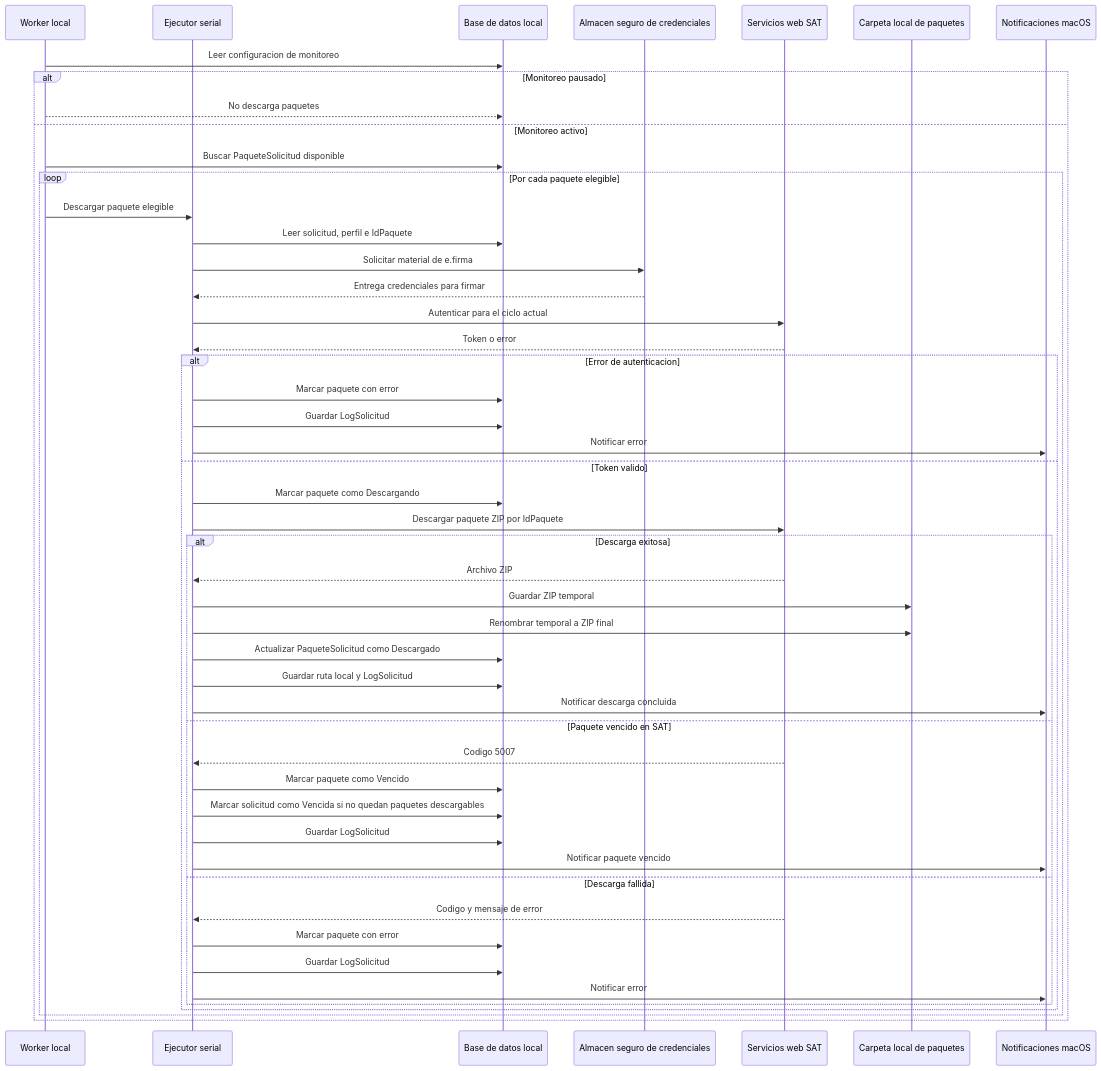
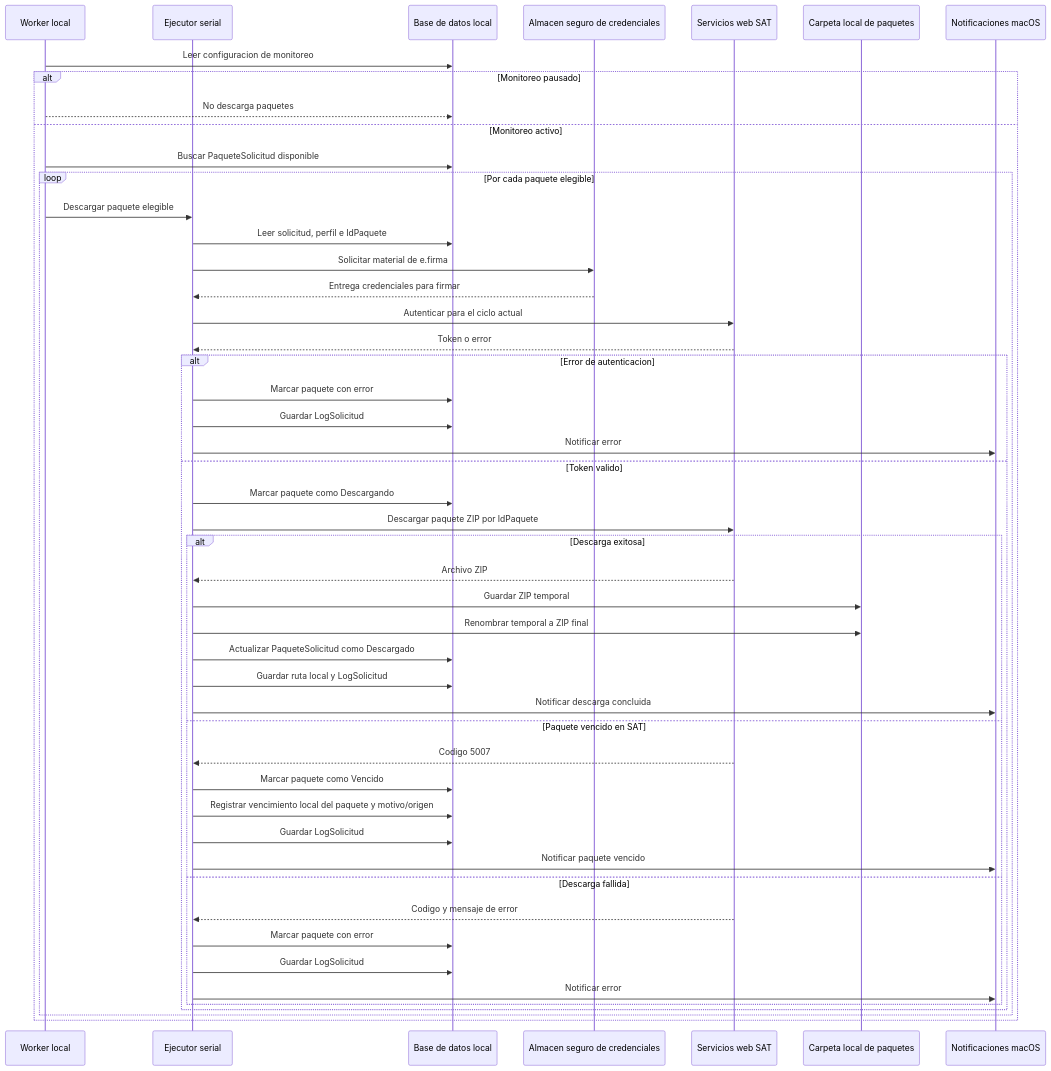
One commit to irritila/sat-cfdi-downloader changed the seventh of 21 diagrams in docs/architecture.md. Above: the diagram before and after it, drawn with Mermaid. The commit also changed other lines of this file and 5 other files, not shown here.

Commit message:
docs: close architecture review findings

````diff
--- a/docs/architecture.md
+++ b/docs/architecture.md
@@ -391,56 +391,56 @@
 ```mermaid
 sequenceDiagram
     participant Worker as Worker local
     participant Executor as Ejecutor serial
     participant DB as Base de datos local
     participant Credenciales as Almacen seguro de credenciales
     participant SAT as Servicios web SAT
     participant Archivos as Carpeta local de paquetes
     participant Notificaciones as Notificaciones macOS
 
     Worker->>DB: Leer configuracion de monitoreo
 
     alt Monitoreo pausado
         Worker-->>DB: No descarga paquetes
     else Monitoreo activo
         Worker->>DB: Buscar PaqueteSolicitud disponible
 
         loop Por cada paquete elegible
             Worker->>Executor: Descargar paquete elegible
             Executor->>DB: Leer solicitud, perfil e IdPaquete
             Executor->>Credenciales: Solicitar material de e.firma
             Credenciales-->>Executor: Entrega credenciales para firmar
             Executor->>SAT: Autenticar para el ciclo actual
             SAT-->>Executor: Token o error
 
             alt Error de autenticacion
                 Executor->>DB: Marcar paquete con error
                 Executor->>DB: Guardar LogSolicitud
                 Executor->>Notificaciones: Notificar error
             else Token valido
                 Executor->>DB: Marcar paquete como Descargando
                 Executor->>SAT: Descargar paquete ZIP por IdPaquete
 
                 alt Descarga exitosa
                     SAT-->>Executor: Archivo ZIP
                     Executor->>Archivos: Guardar ZIP temporal
                     Executor->>Archivos: Renombrar temporal a ZIP final
                     Executor->>DB: Actualizar PaqueteSolicitud como Descargado
                     Executor->>DB: Guardar ruta local y LogSolicitud
                     Executor->>Notificaciones: Notificar descarga concluida
                 else Paquete vencido en SAT
                     SAT-->>Executor: Codigo 5007
                     Executor->>DB: Marcar paquete como Vencido
-                    Executor->>DB: Marcar solicitud como Vencida si no quedan paquetes descargables
+                    Executor->>DB: Registrar vencimiento local del paquete y motivo/origen
                     Executor->>DB: Guardar LogSolicitud
                     Executor->>Notificaciones: Notificar paquete vencido
                 else Descarga fallida
                     SAT-->>Executor: Codigo y mensaje de error
                     Executor->>DB: Marcar paquete con error
                     Executor->>DB: Guardar LogSolicitud
                     Executor->>Notificaciones: Notificar error
                 end
             end
         end
     end
 ```
````
